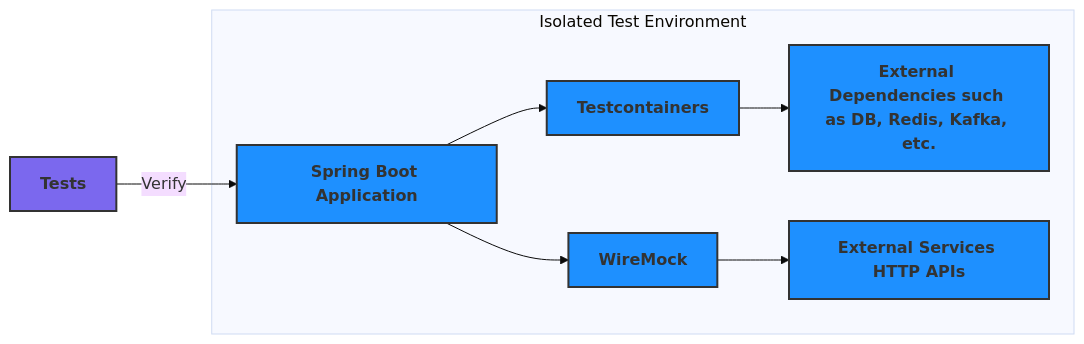
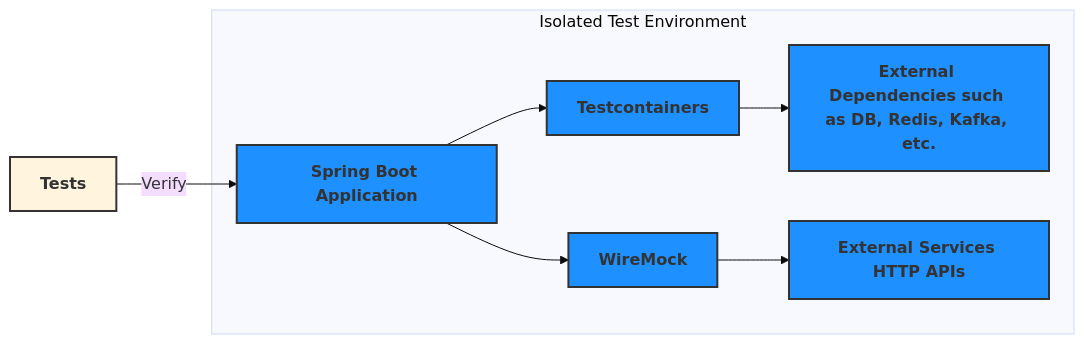
One commit to nramc/my-notes changed the fourth of 4 diagrams in docs/blog/articles/java/testing/shift-left-testing-with-springboot.md. Above: the diagram before and after it, drawn with Mermaid (base theme).

Commit message:
feat: Shift-Left testing with SpringBoot and Testcontainers

````diff
--- a/docs/blog/articles/java/testing/shift-left-testing-with-springboot.md
+++ b/docs/blog/articles/java/testing/shift-left-testing-with-springboot.md
@@ -230,17 +230,17 @@
 ```mermaid
 graph LR;
     subgraph "Isolated Test Environment"
         A[Spring Boot Application] --> B[Testcontainers]
         B --> C[External Dependencies such as DB, Redis, Kafka, etc.]
         A --> D[WireMock]
         D --> E[External Services HTTP APIs]
     end
     F[Tests] --> |Verify| A
 
     style A fill:#1E90FF,stroke:#333,stroke-width:2px,font-weight:bold
     style B fill:#1E90FF,stroke:#333,stroke-width:2px,font-weight:bold
     style C fill:#1E90FF,stroke:#333,stroke-width:2px,font-weight:bold
     style D fill:#1E90FF,stroke:#333,stroke-width:2px,font-weight:bold
     style E fill:#1E90FF,stroke:#333,stroke-width:2px,font-weight:bold
-    style F fill:#7B68EE,stroke:#333,stroke-width:2px,font-weight:bold
+    style F stroke:#333,stroke-width:2px,font-weight:bold
 ```
````
